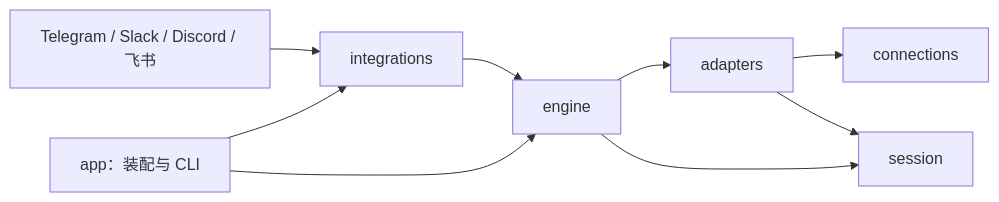
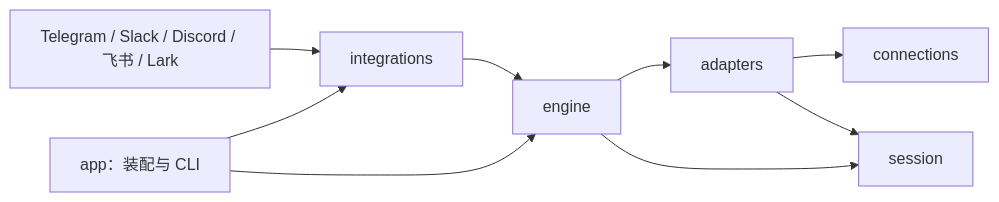
One commit to iondex/PocketPilot changed the diagram in docs/architecture.md. Above: the diagram before and after it, drawn with Mermaid. The commit also changed other lines of this file and 119 other files, not shown here.

````diff
--- a/docs/architecture.md
+++ b/docs/architecture.md
@@ -24,11 +24,11 @@
 ```mermaid
 flowchart LR
-    U[Telegram / Slack / Discord / 飞书] --> I[integrations]
+    U[Telegram / Slack / Discord / 飞书 / Lark] --> I[integrations]
     A[app：装配与 CLI] --> I
     A --> E[engine]
     I --> E
     E --> R[adapters]
     R --> C[connections]
     R --> S[session]
     E --> S
 ```
````
